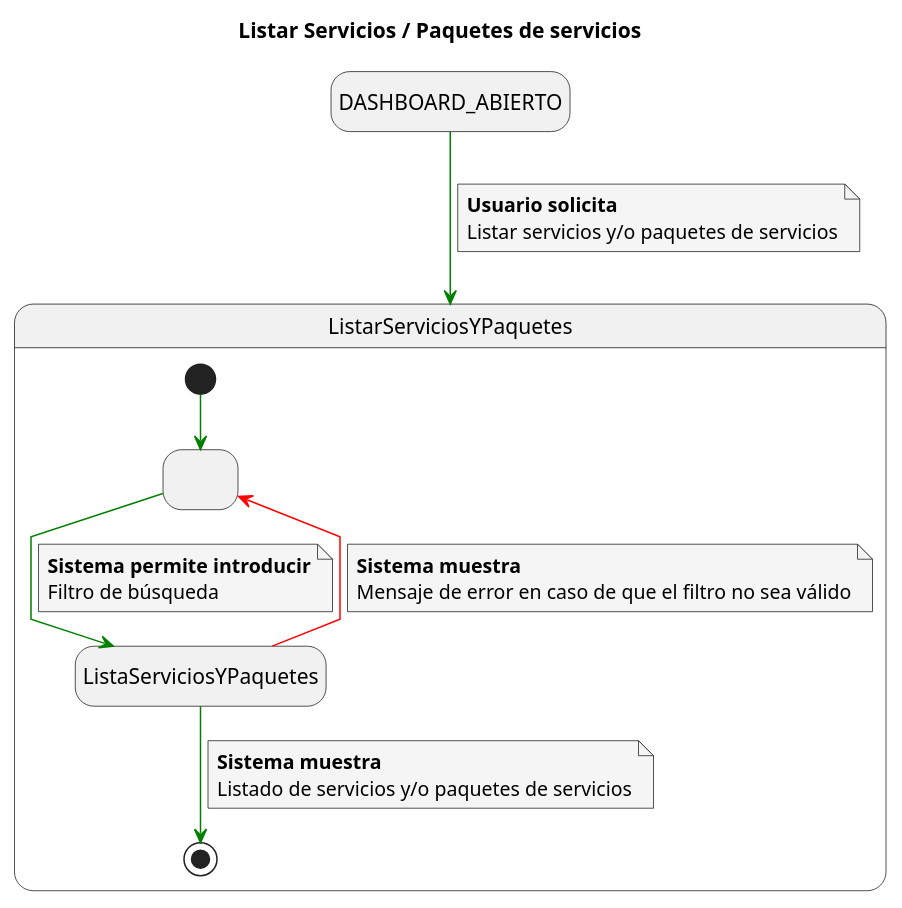
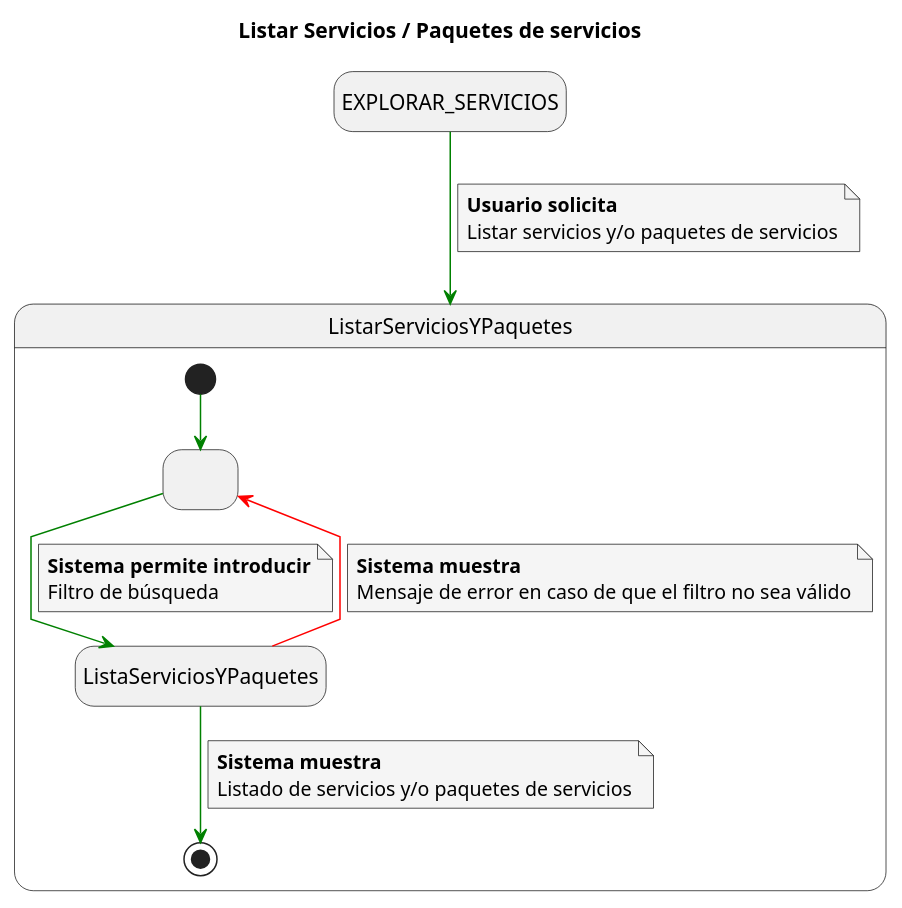
One commit to mmasias/23-24-IdSw1-SDR changed the diagram in Caso_de_Uso/Casos_de_Uso/Usuarios/Egresado/CRD_Suscripción/Listar_Suscripción/Caso_de_Uso.puml. Above: the diagram before and after it, drawn with PlantUML. The commit also changed 45 other files, not shown here.

```diff
--- a/Caso_de_Uso/Casos_de_Uso/Usuarios/Egresado/CRD_Suscripción/Listar_Suscripción/Caso_de_Uso.puml
+++ b/Caso_de_Uso/Casos_de_Uso/Usuarios/Egresado/CRD_Suscripción/Listar_Suscripción/Caso_de_Uso.puml
@@ -1,39 +1,39 @@
 @startuml
 skinparam defaultFontName Arial
 skinparam NoteBackgroundColor #whiteSmoke
 skinparam ArrowColor #green
 skinparam Linetype polyline
 top to bottom direction
 
 hide empty description
 title Listar Servicios / Paquetes de servicios
 
 skinparam defaultFontName Arial
 top to bottom direction
 
-DASHBOARD_ABIERTO -down-> ListarServiciosYPaquetes
+EXPLORAR_SERVICIOS -down-> ListarServiciosYPaquetes
 note on link
 <b>Usuario solicita</b>
 Listar servicios y/o paquetes de servicios
 end note
 
 state ListarServiciosYPaquetes{
   state 1 as " "
   [*] --> 1
   1 --> ListaServiciosYPaquetes
   note on link
   <b>Sistema permite introducir</b>
   Filtro de búsqueda
   end note
   ListaServiciosYPaquetes -[#red]-> 1
   note on link
   <b>Sistema muestra</b>
   Mensaje de error en caso de que el filtro no sea válido
   end note
   ListaServiciosYPaquetes --> [*]
   note on link
   <b>Sistema muestra</b>
   Listado de servicios y/o paquetes de servicios
   end note
 }
 @enduml
```
